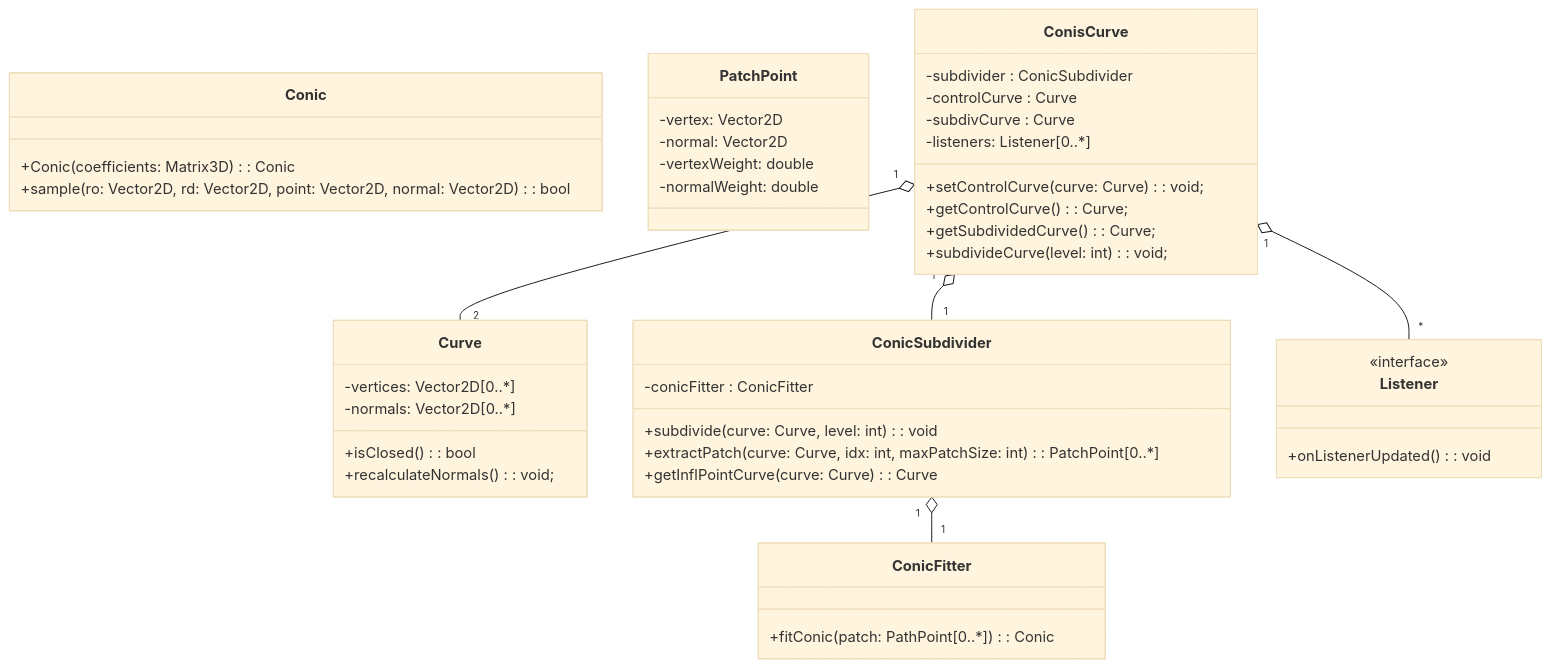
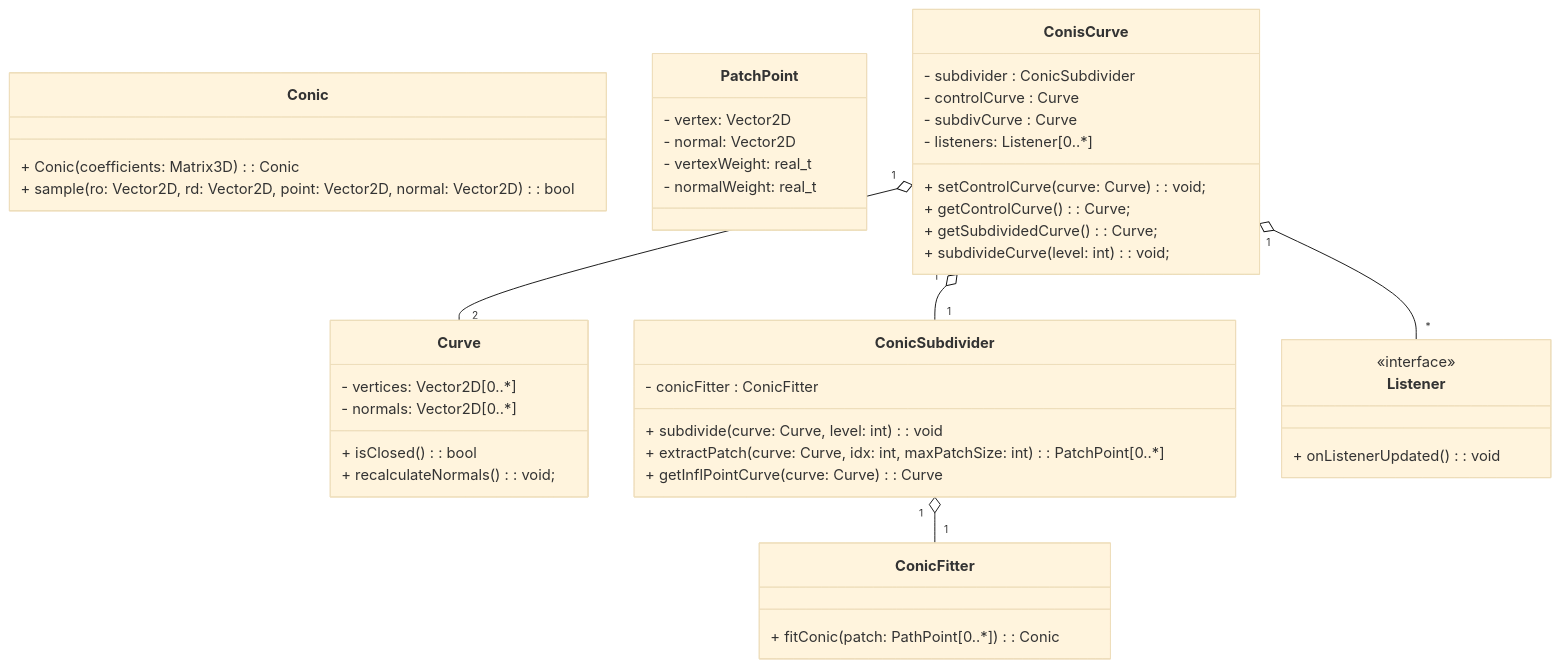
One commit to BugelNiels/conic-subdivision changed the diagram in README.md. Above: the diagram before and after it, drawn with Mermaid (base theme). The commit also changed 21 other files, not shown here.

````diff
--- a/README.md
+++ b/README.md
@@ -81,55 +81,55 @@
 ```mermaid
 classDiagram
     class Conic {
-        +Conic(coefficients: Matrix3D) : Conic
-        +sample(ro: Vector2D, rd: Vector2D, point: Vector2D, normal: Vector2D) : bool
+        + Conic(coefficients: Matrix3D) : Conic
+        + sample(ro: Vector2D, rd: Vector2D, point: Vector2D, normal: Vector2D) : bool
       
     }
     
     class ConicFitter {
-        +fitConic(patch: PathPoint[0..*]) : Conic
+        + fitConic(patch: PathPoint[0..*]) : Conic
     }
 
     class Curve {
-        +isClosed() : bool
-        +recalculateNormals() : void;
-        -vertices: Vector2D[0..*]
-        -normals: Vector2D[0..*]
+        + isClosed() : bool
+        + recalculateNormals() : void;
+        - vertices: Vector2D[0..*]
+        - normals: Vector2D[0..*]
     }
 
     class PatchPoint {
-        -vertex: Vector2D
-        -normal: Vector2D
-        -vertexWeight: double
-        -normalWeight: double
+        - vertex: Vector2D
+        - normal: Vector2D
+        - vertexWeight: real_t
+        - normalWeight: real_t
     }
 
     class ConicSubdivider {
-        +subdivide(curve: Curve, level: int) : void
-        +extractPatch(curve: Curve, idx: int, maxPatchSize: int) : PatchPoint[0..*]
-        +getInflPointCurve(curve: Curve) : Curve
-        -conicFitter : ConicFitter
+        + subdivide(curve: Curve, level: int) : void
+        + extractPatch(curve: Curve, idx: int, maxPatchSize: int) : PatchPoint[0..*]
+        + getInflPointCurve(curve: Curve) : Curve
+        - conicFitter : ConicFitter
         
     }
 
     class ConisCurve {
-        +setControlCurve(curve: Curve) : void;
-        +getControlCurve() : Curve;
-        +getSubdividedCurve() : Curve;
-        +subdivideCurve(level: int) : void;
-        -subdivider : ConicSubdivider
-        -controlCurve : Curve
-        -subdivCurve : Curve
-        -listeners: Listener[0..*]
+        + setControlCurve(curve: Curve) : void;
+        + getControlCurve() : Curve;
+        + getSubdividedCurve() : Curve;
+        + subdivideCurve(level: int) : void;
+        - subdivider : ConicSubdivider
+        - controlCurve : Curve
+        - subdivCurve : Curve
+        - listeners: Listener[0..*]
     }
 
     class Listener {
       <<interface>>
-      +onListenerUpdated() : void
+      + onListenerUpdated() : void
     }
 
     ConicSubdivider "1" o-- "1" ConicFitter
     ConisCurve "1" o-- "1" ConicSubdivider
     ConisCurve "1" o-- "2" Curve
     ConisCurve "1" o-- "*" Listener
 ```
````
